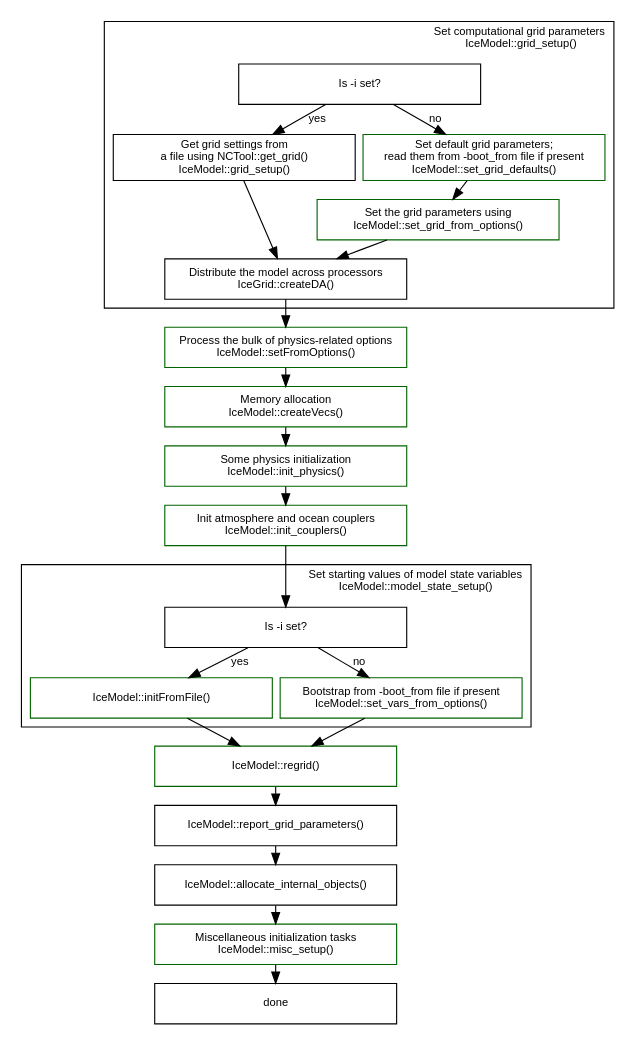
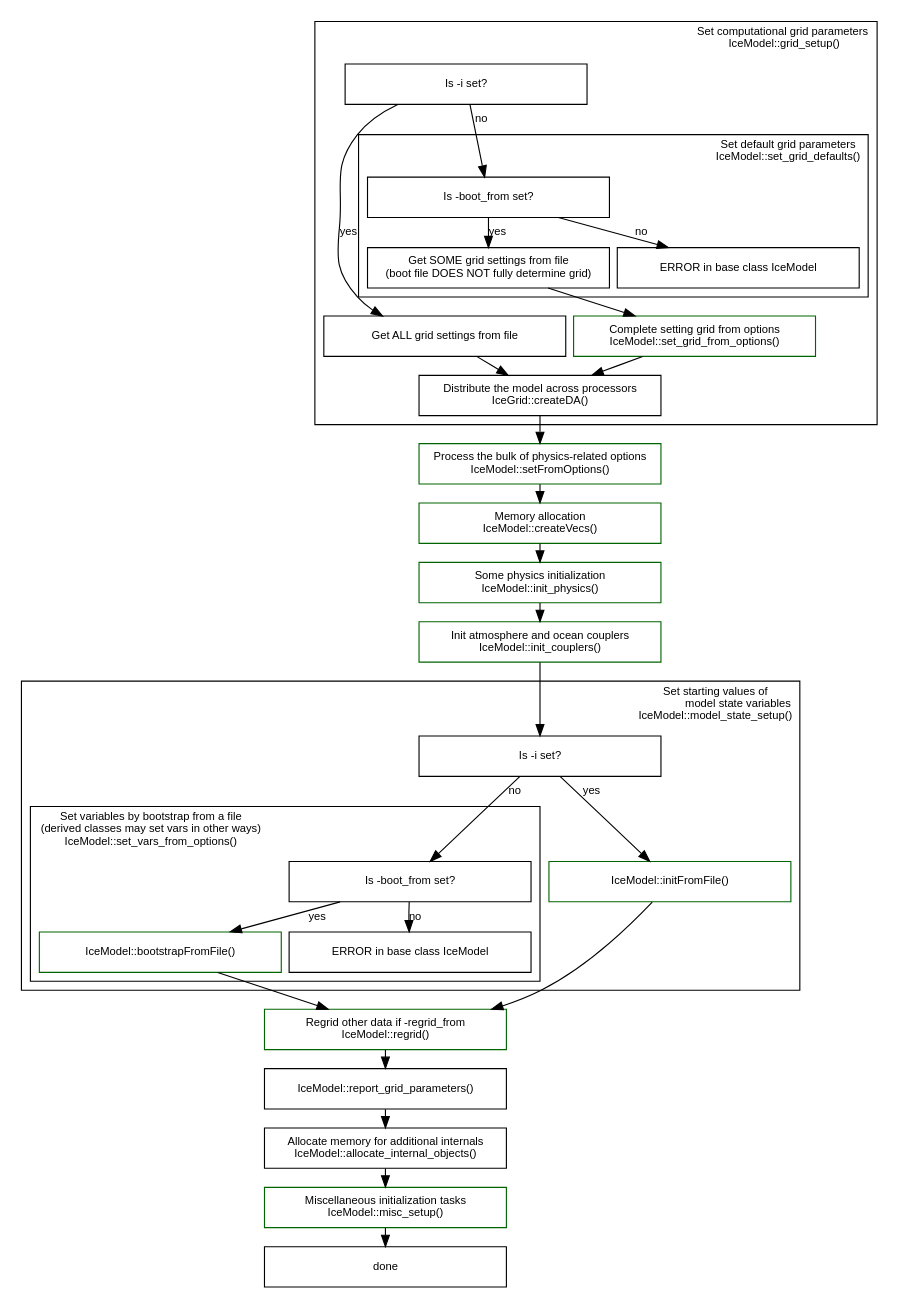
Before and after one commit to pism/pism: the diagram in doc/initialization-sequence.dot, drawn with Graphviz.

Commit message:
Fleshed out init sequence flow chart.

```diff
--- a/doc/initialization-sequence.dot
+++ b/doc/initialization-sequence.dot
@@ -1,71 +1,102 @@
 // Use
 // dot -Tpng initialization-sequence.dot -o initialization-sequence.png
 // to create the picture.
 
 digraph pism_init {
   // Global graph parameters
   node [fontname=Arial fontsize=10 shape=box width=3];
   edge [fontname=Arial fontsize=10];
   graph [fontname=Arial fontsize=10 ranksep=0.1 nodesep=0.1];
 
   subgraph cluster_grid {
     label = "Set computational grid parameters\rIceModel::grid_setup()";
     URL = "\ref IceModel::grid_setup()";
     labeljust = r;
 
     is_i_set1 [label = "Is -i set?"];
-    {rank=same
-      grid_from_file [label = "Get grid settings from\n a file using NCTool::get_grid()\nIceModel::grid_setup()" URL="\ref NCTool::get_grid()"];
 
-      set_grid_defaults [label = "Set default grid parameters;\nread them from -boot_from file if present\nIceModel::set_grid_defaults()" color=darkgreen URL="\ref IceModel::set_grid_defaults()"];
+    grid_from_file [label = "Get ALL grid settings from file" URL="\ref NCTool::get_grid()"];
+
+    subgraph cluster_set_grid_defaults {
+      label = "Set default grid parameters\nIceModel::set_grid_defaults()";
+      labeljust = r;
+      URL = "\ref IceModel::set_grid_defaults()";
+
+      is_boot_from_set1 [label = "Is -boot_from set?"];
+      
+      grid_from_boot_file [label = "Get SOME grid settings from file\n(boot file DOES NOT fully determine grid)" URL="\ref NCTool::get_grid()"];
+      
+      fail_in_IceModel1 [label = "ERROR in base class IceModel"]
+      
+      is_boot_from_set1 -> grid_from_boot_file [label = "yes"];
+      is_boot_from_set1 -> fail_in_IceModel1 [label = "no"];
+
     }
-    grid_from_options [label = "Set the grid parameters using\nIceModel::set_grid_from_options()" color=darkgreen URL="\ref IceModel::set_grid_from_options()"];
-    is_i_set1 -> set_grid_defaults [label = "no"];
-    set_grid_defaults -> grid_from_options;
+
+    is_i_set1 -> is_boot_from_set1 [label = "no"];
     is_i_set1 -> grid_from_file [label = "yes"];
+
+    grid_from_options [label = "Complete setting grid from options\nIceModel::set_grid_from_options()" color=darkgreen URL="\ref IceModel::set_grid_from_options()"];
+      
+    grid_from_boot_file -> grid_from_options;
 
     createDA [label = "Distribute the model across processors\nIceGrid::createDA()" URL="\ref IceGrid::createDA()"];
     {grid_from_file grid_from_options} -> createDA;
   }
 
   setFromOptions [label = "Process the bulk of physics-related options\nIceModel::setFromOptions()" color=darkgreen URL="\ref IceModel::setFromOptions()"];
   createDA -> setFromOptions;
   
   createVecs [label = "Memory allocation\nIceModel::createVecs()" color=darkgreen URL="\ref IceModel::createVecs()"];
   setFromOptions -> createVecs;
 
   init_physics [label = "Some physics initialization\nIceModel::init_physics()" color=darkgreen URL="\ref IceModel::init_physics()"];
   createVecs -> init_physics;
 
   init_couplers [label = "Init atmosphere and ocean couplers\nIceModel::init_couplers()" color=darkgreen URL="\ref IceModel::init_couplers()"];
   init_physics -> init_couplers;
 
   init_couplers -> is_i_set2;
 
   subgraph cluster_model_state {
-    label = "Set starting values of model state variables\rIceModel::model_state_setup()";
+    label = "Set starting values of\nmodel state variables\rIceModel::model_state_setup()";
     labeljust = r;
     URL = "\ref IceModel::model_state_setup()";
 
     is_i_set2 [label = "Is -i set?"];
 
     initFromFile [label = "IceModel::initFromFile()" color=darkgreen URL="\ref IceModel::initFromFile()"];
-    set_values_from_options [label = "Bootstrap from -boot_from file if present\nIceModel::set_vars_from_options()" color=darkgreen URL="\ref IceModel::set_vars_from_options()"];
+    
+    subgraph cluster_set_values_from_options {
+      label = "Set variables by bootstrap from a file\n(derived classes may set vars in other ways) \nIceModel::set_vars_from_options()";
+      labeljust = l;
+      URL = "\ref IceModel::set_vars_from_options()";
+
+      is_boot_from_set [label = "Is -boot_from set?"];
+      
+      bootstrap_from_file [label = "IceModel::bootstrapFromFile()" color=darkgreen URL="\ref IceModel::bootstrapFromFile()"];
+      
+      fail_in_IceModel [label = "ERROR in base class IceModel"]
+      
+      is_boot_from_set -> bootstrap_from_file [label = "yes"];
+      is_boot_from_set -> fail_in_IceModel [label = "no"];
+      
+    }
     is_i_set2 -> initFromFile [label = "yes"];
-    is_i_set2 -> set_values_from_options [label = "no"];
+    is_i_set2 -> is_boot_from_set [label = "no"];
   }  
 
-  regrid [label = "IceModel::regrid()" color=darkgreen URL="\ref IceModel::regrid()"];
-  {initFromFile set_values_from_options} -> regrid;
+  regrid [label = "Regrid other data if -regrid_from\nIceModel::regrid()" color=darkgreen URL="\ref IceModel::regrid()"];
+  {initFromFile bootstrap_from_file} -> regrid;
 
   report [label = "IceModel::report_grid_parameters()" URL="\ref IceModel::report_grid_parameters()"];
   regrid -> report;
 
-  allocate_internal_objects [label = "IceModel::allocate_internal_objects()" URL="\ref IceModel::allocate_internal_objects()"];
+  allocate_internal_objects [label = "Allocate memory for additional internals\nIceModel::allocate_internal_objects()" URL="\ref IceModel::allocate_internal_objects()"];
   report -> allocate_internal_objects;
 
   misc [label = "Miscellaneous initialization tasks\nIceModel::misc_setup()" color=darkgreen URL="\ref IceModel::misc_setup()"];
   allocate_internal_objects -> misc;
 
   misc -> done;
 }
```
